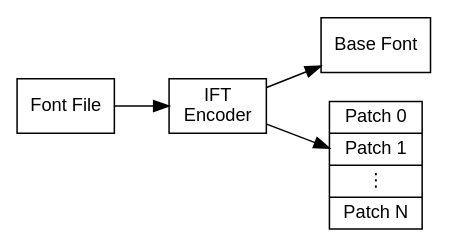
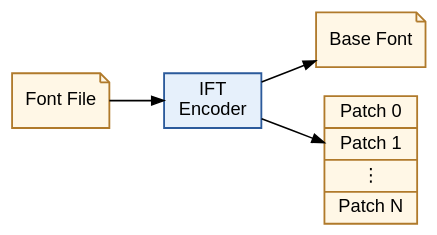
Before and after one commit to wmedrano/wmedrano.dev: the first of 2 diagrams in content/post/2026/04/11/fonts-q1.org, drawn with Graphviz. The commit also changed other lines of this file and 5 other files, not shown here.

```diff
--- a/content/post/2026/04/11/fonts-q1.org
+++ b/content/post/2026/04/11/fonts-q1.org
@@ -162,13 +180,17 @@
 #+BEGIN_SRC dot :file ift-encoder.svg :exports results
 digraph IFT {
   rankdir=LR;
-  node [fontname="sans-serif"; fontsize=12; shape=record;];
-  font [label="Font File"];
-  base [label="Base Font"];
-  patches [label="Patch 0|Patch 1|⋮|Patch N"];
-  encoder [label="IFT\nEncoder"];
+  bgcolor="transparent";
+  node [fontname="sans-serif", fontsize=12, style="filled", penwidth=1.2];
+  edge [color="#555", arrowsize=0.8];
+
+  font    [label="Font File", shape=note, fillcolor="#fff7e6", color="#b07a2b"];
+  encoder [label="IFT\nEncoder", shape=box, style="filled", fillcolor="#e6f0fb", color="#2b5a9b"];
+  base    [label="Base Font", shape=note, fillcolor="#fff7e6", color="#b07a2b"];
+  patches [label="Patch 0|Patch 1|⋮|Patch N", shape=record, fillcolor="#fff7e6", color="#b07a2b"];
+
   font -> encoder;
   encoder -> base;
   encoder -> patches;
 }
 #+END_SRC
```
